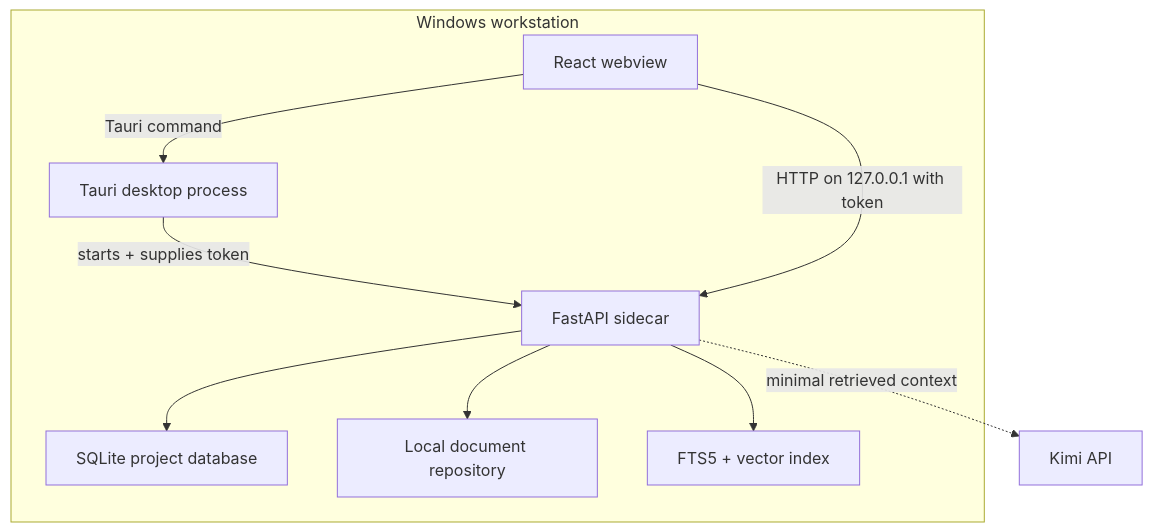
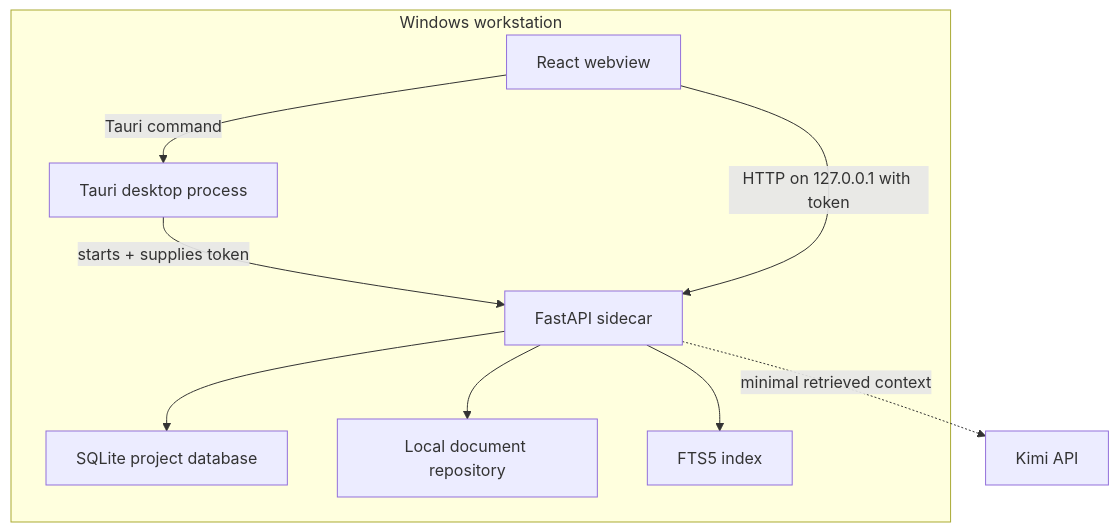
Before and after one commit to yafim95/ChatGPT: the first of 2 diagrams in docs/ARCHITECTURE.md, drawn with Mermaid. The commit also changed other lines of this file and 82 other files, not shown here.

````diff
--- a/docs/ARCHITECTURE.md
+++ b/docs/ARCHITECTURE.md
@@ -23,18 +24,18 @@
 ```mermaid
 flowchart TB
     subgraph Workstation["Windows workstation"]
         Desktop["Tauri desktop process"]
         WebView["React webview"]
         Backend["FastAPI sidecar"]
         SQLite["SQLite project database"]
         Files["Local document repository"]
-        Index["FTS5 + vector index"]
+        Index["FTS5 index"]
     end
     WebView -->|"Tauri command"| Desktop
     Desktop -->|"starts + supplies token"| Backend
     WebView -->|"HTTP on 127.0.0.1 with token"| Backend
     Backend --> SQLite
     Backend --> Files
     Backend --> Index
     Backend -. "minimal retrieved context" .-> Provider["Kimi API"]
 ```
````
